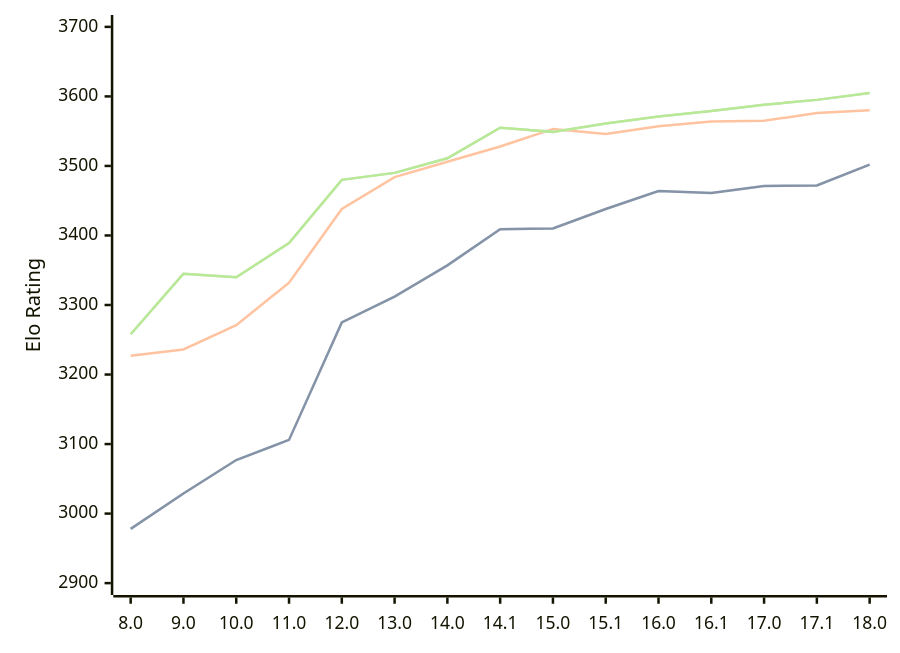
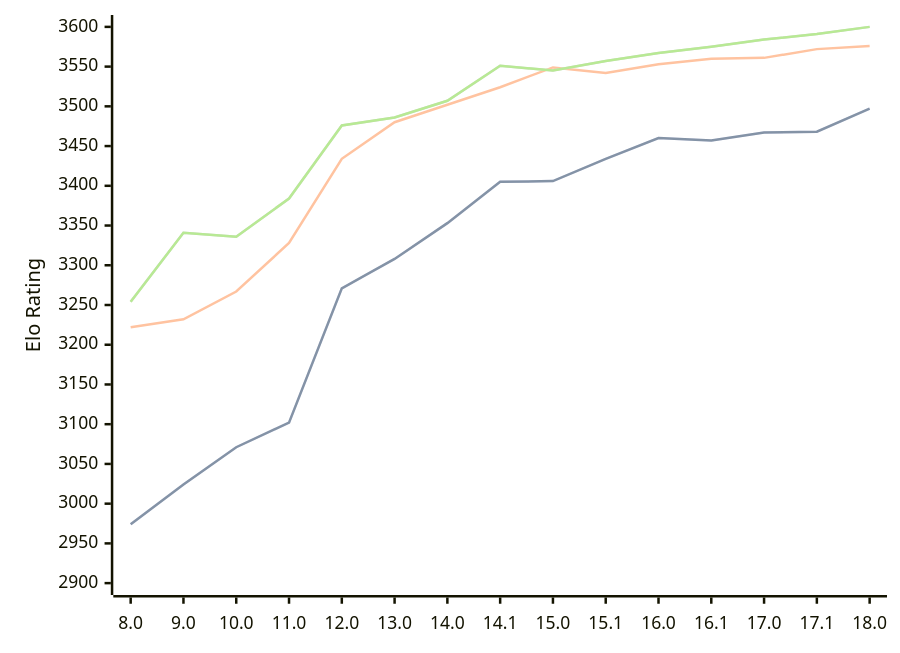
Before and after one commit to computer-chess-index/cci: the first of 3 diagrams in engines/Stockfish.md, drawn with Mermaid. The commit also changed other lines of this file, not shown here.

Commit message:
Update CCI Ratings (ELO VLTC) - 2026-07-16

````diff
--- a/engines/Stockfish.md
+++ b/engines/Stockfish.md
@@ -46,11 +46,11 @@
 ```mermaid
 %%{init: {"theme":"base","themeVariables":{"seriesColors:['#a3a3a3','#222221','#faa371']}}}%%
 xychart-beta
   x-axis ["8.0", "9.0", "10.0", "11.0", "12.0", "13.0", "14.0", "14.1", "15.0", "15.1", "16.0", "16.1", "17.0", "17.1", "18.0"]
-  y-axis "Elo Rating" 2900 --> 3700
-  line "STC (8.0+0.08s)" [2978, 3029, 3077, 3106, 3275, 3312, 3357, 3409, 3410, 3438, 3464, 3461, 3471, 3472, 3502]
-  line "STC (8.0+0.08s)" [2978, 3029, 3077, 3106, 3275, 3312, 3357, 3409, 3410, 3438, 3464, 3461, 3471, 3472, 3502]
-  line "LTC (60.0+0.60s)" [3227, 3236, 3271, 3332, 3438, 3484, 3506, 3528, 3553, 3546, 3557, 3564, 3565, 3576, 3580]
-  line "VLTC (2m24s+1.12s)" [3258, 3345, 3340, 3389, 3480, 3490, 3511, 3555, 3549, 3561, 3571, 3579, 3588, 3595, 3605]
-  line "VLTC (2m24s+1.12s)" [3258, 3345, 3340, 3389, 3480, 3490, 3511, 3555, 3549, 3561, 3571, 3579, 3588, 3595, 3605]
+  y-axis "Elo Rating" 2900 --> 3600
+  line "STC (8.0+0.08s)" [2974, 3024, 3071, 3102, 3271, 3308, 3353, 3405, 3406, 3434, 3460, 3457, 3467, 3468, 3497]
+  line "STC (8.0+0.08s)" [2974, 3024, 3071, 3102, 3271, 3308, 3353, 3405, 3406, 3434, 3460, 3457, 3467, 3468, 3497]
+  line "LTC (60.0+0.60s)" [3222, 3232, 3267, 3328, 3434, 3480, 3502, 3524, 3549, 3542, 3553, 3560, 3561, 3572, 3576]
+  line "VLTC (2m24s+1.12s)" [3254, 3341, 3336, 3384, 3476, 3486, 3507, 3551, 3545, 3557, 3567, 3575, 3584, 3591, 3600]
+  line "VLTC (2m24s+1.12s)" [3254, 3341, 3336, 3384, 3476, 3486, 3507, 3551, 3545, 3557, 3567, 3575, 3584, 3591, 3600]
 ```
````
